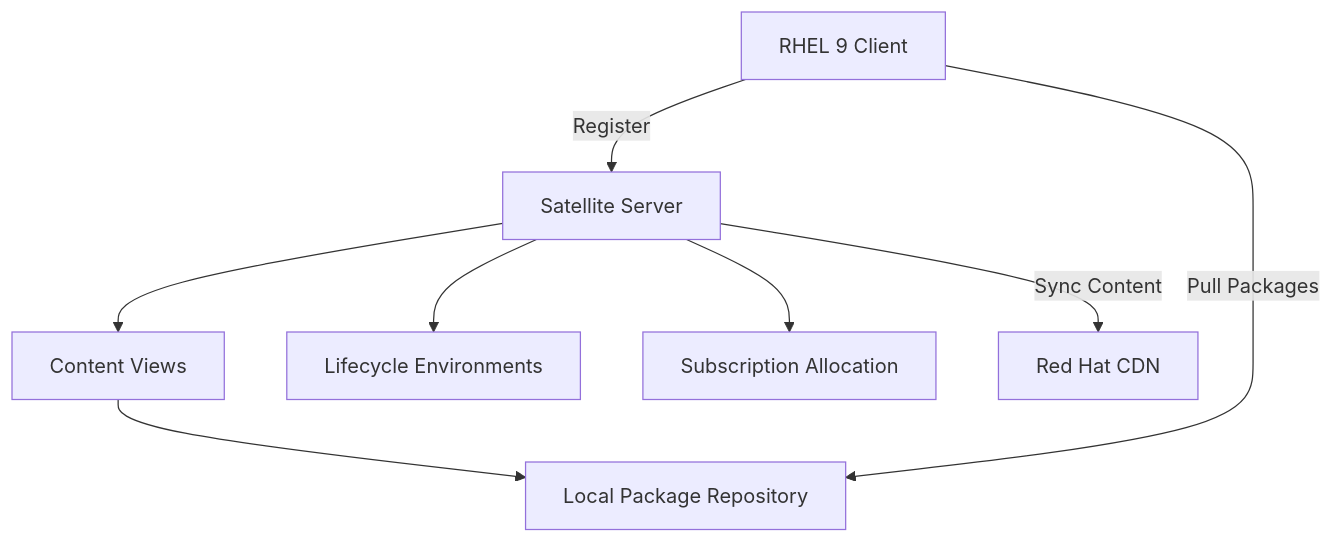
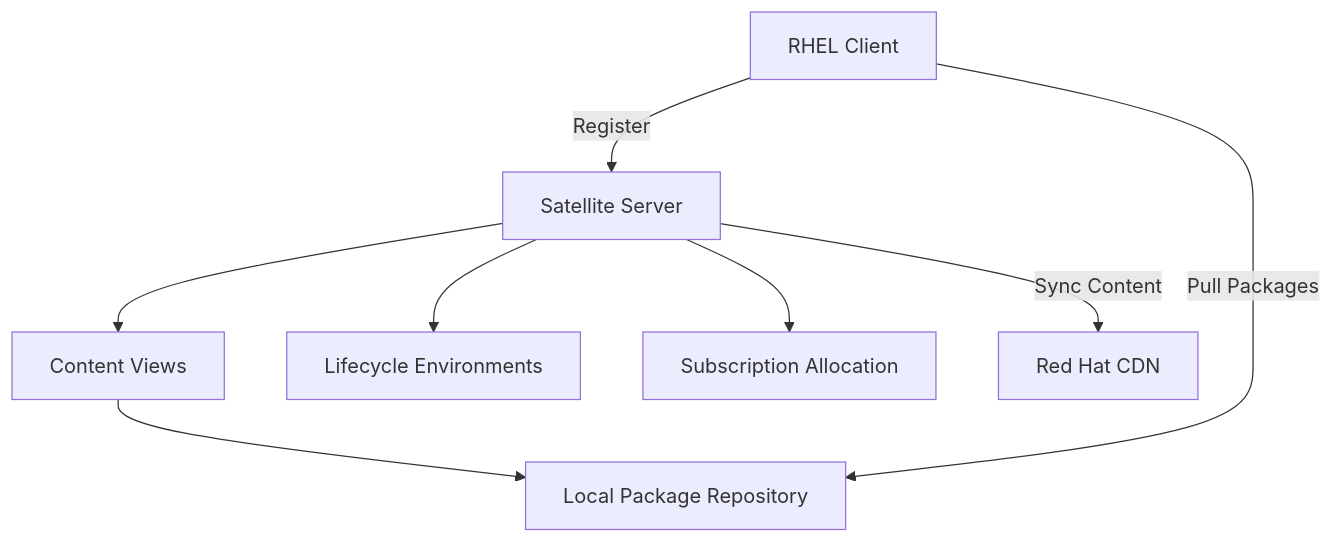
Before and after one commit to OneUptime/blog: the diagram in posts/2026-03-04-register-rhel-9-satellite-server/README.md, drawn with Mermaid. The commit also changed other lines of this file and 4866 other files, not shown here.

````diff
--- a/posts/2026-03-04-register-rhel-9-satellite-server/README.md
+++ b/posts/2026-03-04-register-rhel-9-satellite-server/README.md
@@ -34,10 +34,10 @@
 ```mermaid
 flowchart TD
-    A[RHEL 9 Client] -->|Register| B[Satellite Server]
+    A[RHEL Client] -->|Register| B[Satellite Server]
     B --> C[Content Views]
     B --> D[Lifecycle Environments]
     B --> E[Subscription Allocation]
     C --> F[Local Package Repository]
     A -->|Pull Packages| F
     B -->|Sync Content| G[Red Hat CDN]
 ```
````
